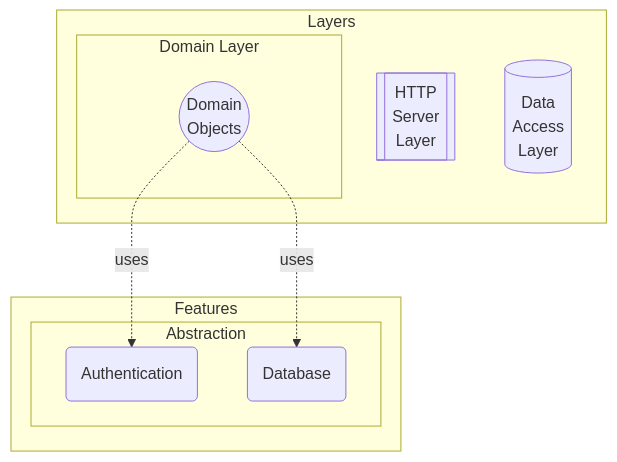
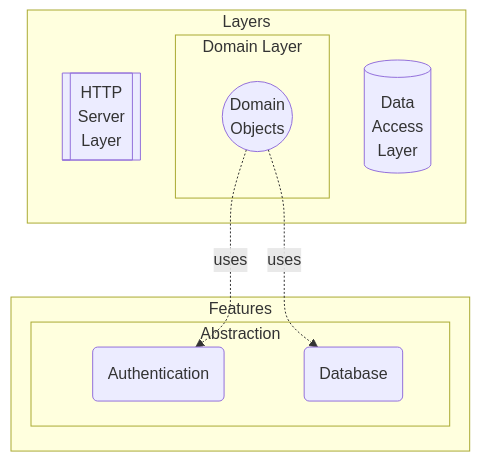
One commit to mouseless/baked changed the third of 4 diagrams in docs/architecture/README.md. Above: the diagram before and after it, drawn with Mermaid. The commit also changed 1 other file, not shown here.

Commit message:
fix diagrams border color

````diff
--- a/docs/architecture/README.md
+++ b/docs/architecture/README.md
@@ -85,20 +85,22 @@
 ```mermaid
 flowchart
   subgraph Layers
     HS[[HTTP<br/>Server<br/>Layer]]
     subgraph DL[Domain Layer]
       D((Domain<br/>Objects))
     end
     DA[(Data<br/>Access<br/>Layer)]
   end
 
   subgraph Features
     subgraph Abstraction
       A(Authentication)
       Db(Database)
     end
   end
 
+  HS ~~~ A
   D -.uses.-> A
   D -.uses.-> Db
+  DA ~~~ Db
 ```
````
